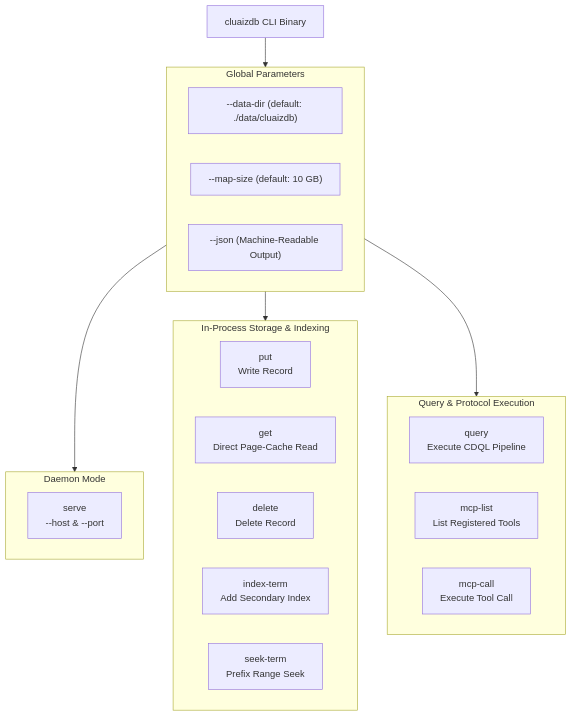
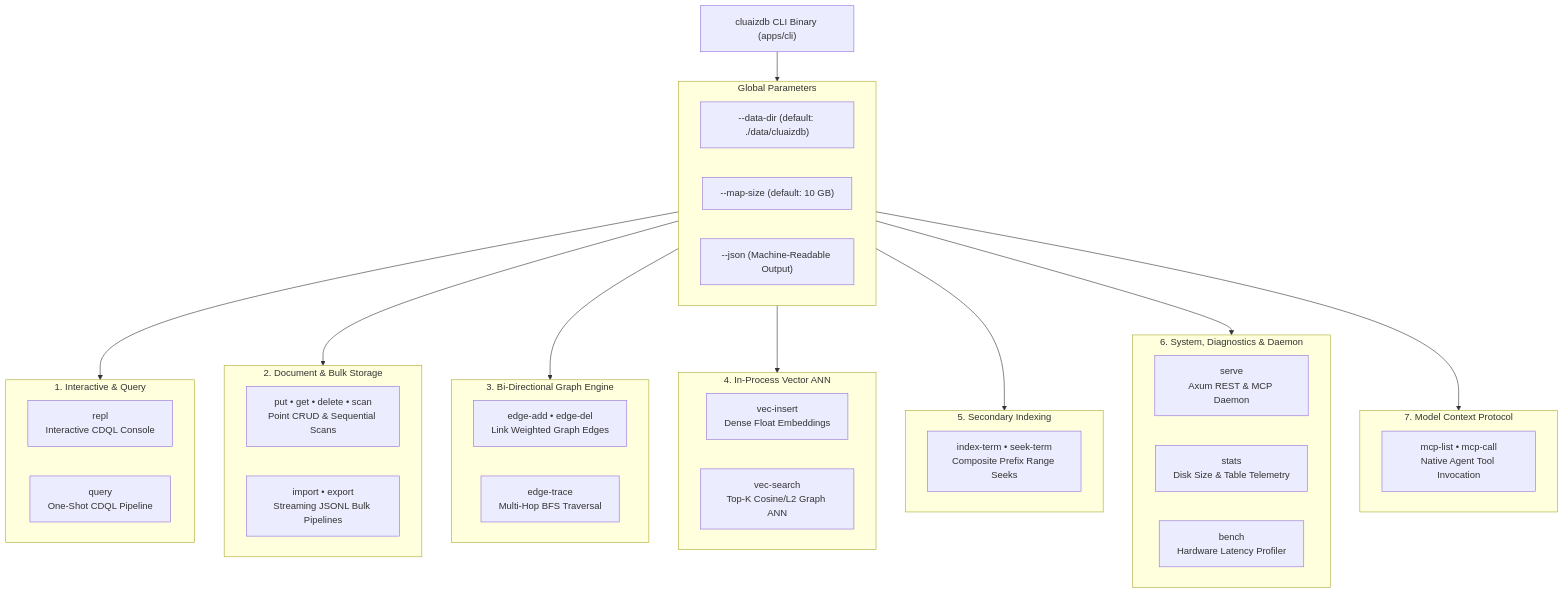
One commit to cluaiz/cluaizdb changed the diagram in docs/access-and-integration/cli-reference.md. Above: the diagram before and after it, drawn with Mermaid. The commit also changed other lines of this file, not shown here.

Commit message:
docs(cli): update CLI reference with full 20-command surface and examples

````diff
--- a/docs/access-and-integration/cli-reference.md
+++ b/docs/access-and-integration/cli-reference.md
@@ -12,33 +12,53 @@
 ```mermaid
 flowchart TB
-    CLI["cluaizdb CLI Binary"]
+    CLI["cluaizdb CLI Binary (apps/cli)"]
 
     subgraph GLOBAL["Global Parameters"]
         DIR["--data-dir (default: ./data/cluaizdb)"]
         MAP["--map-size (default: 10 GB)"]
         FMT["--json (Machine-Readable Output)"]
     end
 
-    subgraph DAEMON["Daemon Mode"]
-        SERVE["serve<br/>--host &amp; --port"]
+    subgraph INTERACTIVE["1. Interactive & Query"]
+        REPL["repl<br/>Interactive CDQL Console"]
+        QUERY["query<br/>One-Shot CDQL Pipeline"]
     end
 
-    subgraph STORAGE_OPS["In-Process Storage &amp; Indexing"]
-        PUT["put<br/>Write Record"]
-        GET["get<br/>Direct Page-Cache Read"]
-        DEL["delete<br/>Delete Record"]
-        IDX["index-term<br/>Add Secondary Index"]
-        SEEK["seek-term<br/>Prefix Range Seek"]
+    subgraph STORAGE_OPS["2. Document & Bulk Storage"]
+        CRUD["put • get • delete • scan<br/>Point CRUD &amp; Sequential Scans"]
+        BULK["import • export<br/>Streaming JSONL Bulk Pipelines"]
     end
 
-    subgraph COMPUTE_OPS["Query &amp; Protocol Execution"]
-        QUERY["query<br/>Execute CDQL Pipeline"]
-        MCPLIST["mcp-list<br/>List Registered Tools"]
-        MCPCALL["mcp-call<br/>Execute Tool Call"]
+    subgraph GRAPH_OPS["3. Bi-Directional Graph Engine"]
+        EDGE_ADD["edge-add • edge-del<br/>Link Weighted Graph Edges"]
+        EDGE_TRACE["edge-trace<br/>Multi-Hop BFS Traversal"]
+    end
+
+    subgraph VECTOR_OPS["4. In-Process Vector ANN"]
+        VEC_IN["vec-insert<br/>Dense Float Embeddings"]
+        VEC_ANN["vec-search<br/>Top-K Cosine/L2 Graph ANN"]
+    end
+
+    subgraph INDEX_OPS["5. Secondary Indexing"]
+        IDX["index-term • seek-term<br/>Composite Prefix Range Seeks"]
+    end
+
+    subgraph SYSTEM_OPS["6. System, Diagnostics & Daemon"]
+        SERVE["serve<br/>Axum REST &amp; MCP Daemon"]
+        STATS["stats<br/>Disk Size &amp; Table Telemetry"]
+        BENCH["bench<br/>Hardware Latency Profiler"]
+    end
+
+    subgraph AI_PROTOCOL["7. Model Context Protocol"]
+        MCP["mcp-list • mcp-call<br/>Native Agent Tool Invocation"]
     end
 
     CLI --> GLOBAL
-    GLOBAL --> DAEMON
+    GLOBAL --> INTERACTIVE
     GLOBAL --> STORAGE_OPS
-    GLOBAL --> COMPUTE_OPS
+    GLOBAL --> GRAPH_OPS
+    GLOBAL --> VECTOR_OPS
+    GLOBAL --> INDEX_OPS
+    GLOBAL --> SYSTEM_OPS
+    GLOBAL --> AI_PROTOCOL
 ```
````
